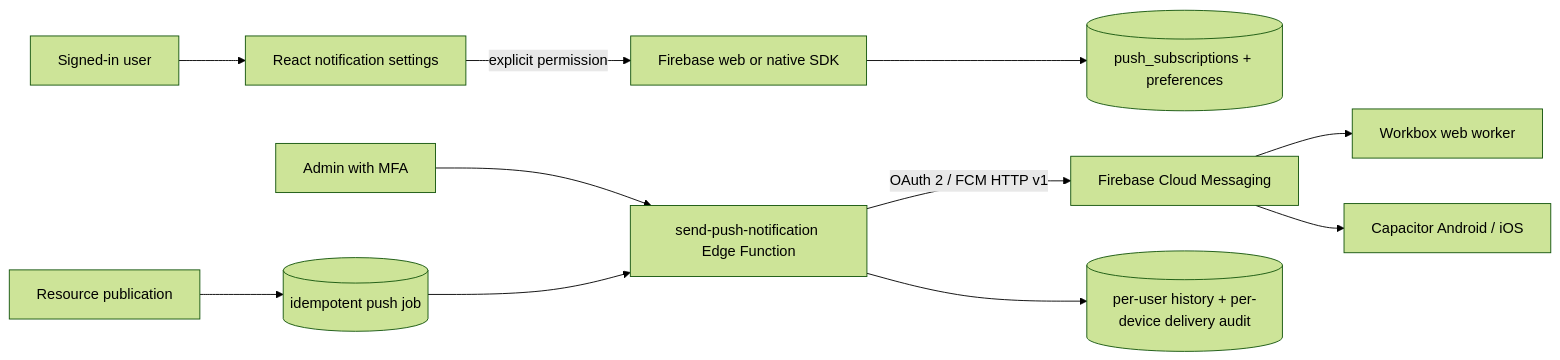
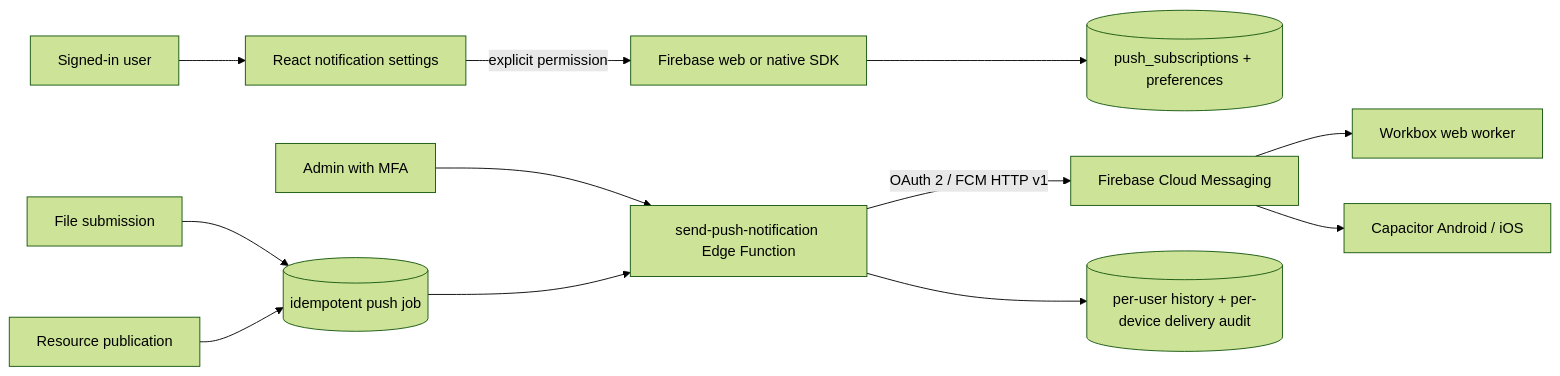
The diagram in docs/PUSH_NOTIFICATIONS.md (SanjelNirmal/JBCATHENAEUM), drawn with Mermaid (forest theme) before and after one commit. The commit also changed other lines of this file and 8 other files, not shown here.

````diff
--- a/docs/PUSH_NOTIFICATIONS.md
+++ b/docs/PUSH_NOTIFICATIONS.md
@@ -5,12 +5,13 @@
 ```mermaid
 flowchart LR
   U[Signed-in user] --> C[React notification settings]
   C -->|explicit permission| F[Firebase web or native SDK]
-  F --> S[(push_subscriptions + preferences)]
+  F --> SUB[(push_subscriptions + preferences)]
   A[Admin with MFA] --> E[send-push-notification Edge Function]
-  P[Resource publication] --> J[(idempotent push job)] --> E
+  FS[File submission] --> J[(idempotent push job)] --> E
+  P[Resource publication] --> J
   E -->|OAuth 2 / FCM HTTP v1| G[Firebase Cloud Messaging]
   G --> W[Workbox web worker]
   G --> N[Capacitor Android / iOS]
   E --> D[(per-user history + per-device delivery audit)]
 ```
````
